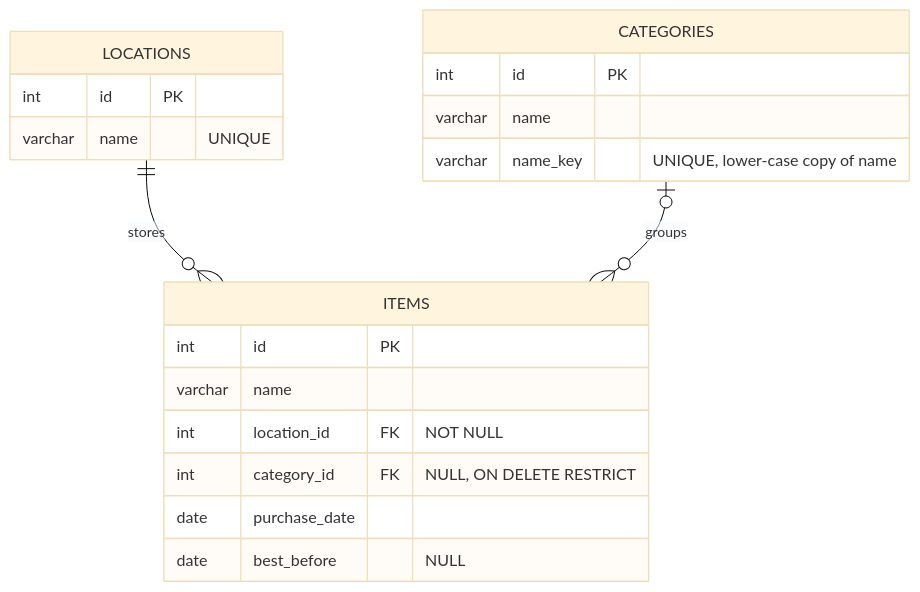
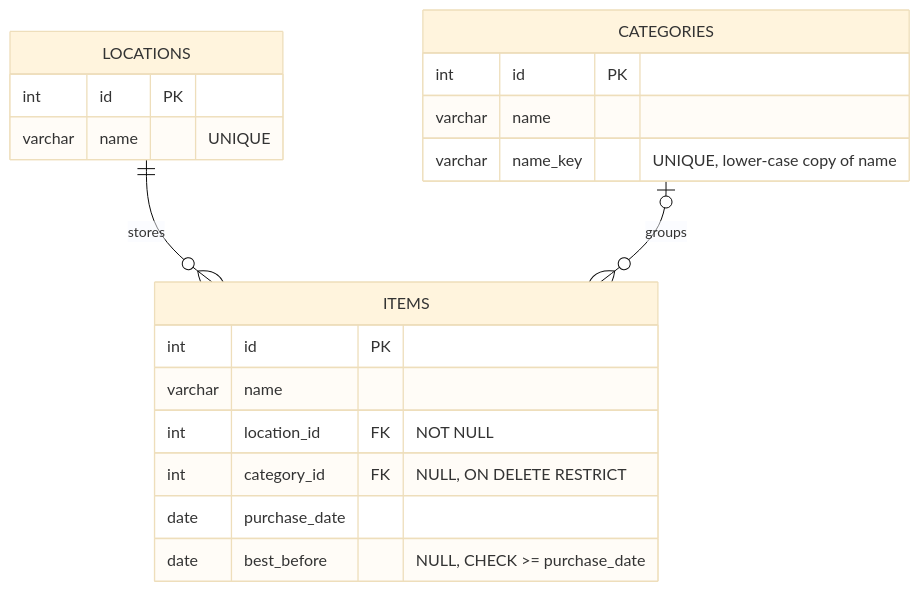
Before and after one commit to Davidee0/food-inventory: the second of 2 diagrams in ARCHITECTURE.md, drawn with Mermaid (base theme). The commit also changed other lines of this file and 14 other files, not shown here.

````diff
--- a/ARCHITECTURE.md
+++ b/ARCHITECTURE.md
@@ -31,22 +31,22 @@
 ```mermaid
 erDiagram
   LOCATIONS ||--o{ ITEMS : "stores"
   CATEGORIES |o--o{ ITEMS : "groups"
   LOCATIONS {
     int id PK
     varchar name "UNIQUE"
   }
   CATEGORIES {
     int id PK
     varchar name
     varchar name_key "UNIQUE, lower-case copy of name"
   }
   ITEMS {
     int id PK
     varchar name
     int location_id FK "NOT NULL"
     int category_id FK "NULL, ON DELETE RESTRICT"
     date purchase_date
-    date best_before "NULL"
+    date best_before "NULL, CHECK >= purchase_date"
   }
 ```
````
